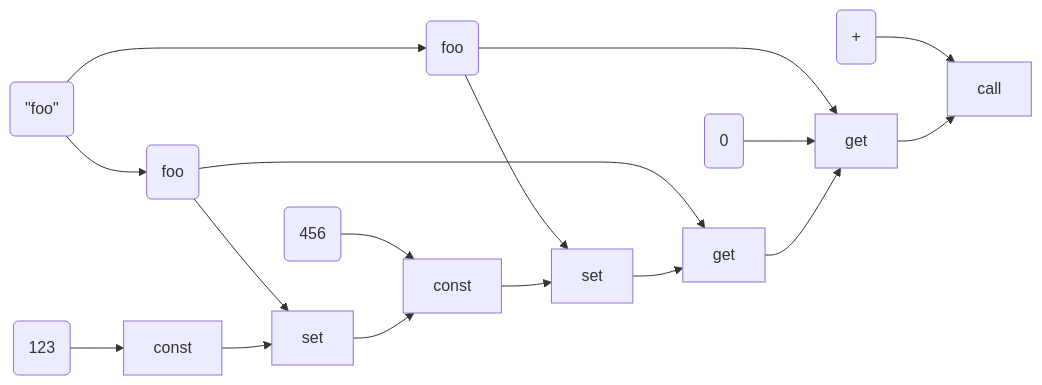
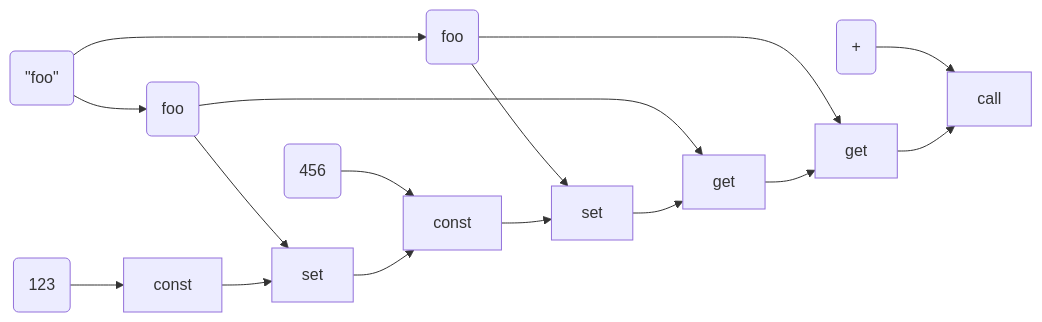
The diagram in slides/papers/stak-scheme/library-system.mmd (raviqqe/doc), drawn with Mermaid before and after one commit.

```diff
--- a/slides/papers/stak-scheme/library-system.mmd
+++ b/slides/papers/stak-scheme/library-system.mmd
@@ -1,14 +1,13 @@
 flowchart LR
   d0(123) --> c0
   d1(456) --> c2
   d2(#quot;foo#quot;) --> d3
   d2 --> d4
   d3(foo) --> c1
   d3 --> c4
   d4(foo) --> c3
   d4 --> c5
-  d5(0) --> c5
-  d6(+) --> c6
+  d5(+) --> c6
   c0[const] --> c1[set] --> c2
   c2[const] --> c3[set] --> c4
   c4[get] --> c5[get] --> c6[call]
```
